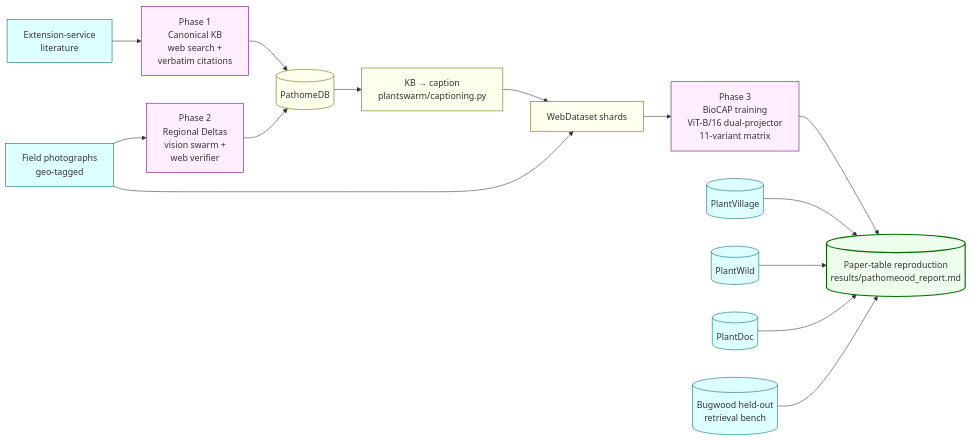
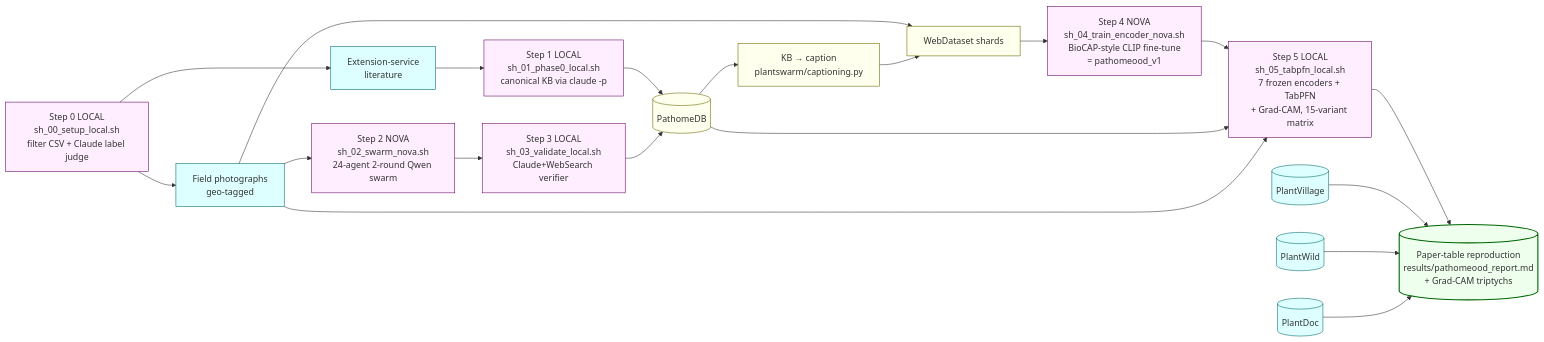
Before and after one commit to tirtho149/PRESAGE: the fourth of 4 diagrams in PIPELINE.md, drawn with Mermaid. The commit also changed other lines of this file and 27 other files, not shown here.

First line of the commit message:
6-step pipeline: add sh_00 setup + rename latex sources to paper/

````diff
--- a/PIPELINE.md
+++ b/PIPELINE.md
@@ -637,38 +645,44 @@
 ```mermaid
 flowchart LR
     L[Extension-service<br/>literature]
     F[Field photographs<br/>geo-tagged]
-    P1[Phase 1<br/>Canonical KB<br/>web search +<br/>verbatim citations]
-    P2[Phase 2<br/>Regional Deltas<br/>vision swarm +<br/>web verifier]
+    S0[Step 0 LOCAL<br/>sh_00_setup_local.sh<br/>filter CSV + Claude label judge]
+    S1[Step 1 LOCAL<br/>sh_01_phase0_local.sh<br/>canonical KB via claude -p]
+    S2[Step 2 NOVA<br/>sh_02_swarm_nova.sh<br/>24-agent 2-round Qwen swarm]
+    S3[Step 3 LOCAL<br/>sh_03_validate_local.sh<br/>Claude+WebSearch verifier]
     DB[(PathomeDB)]
     CAP[KB → caption<br/>plantswarm/captioning.py]
     SH[WebDataset shards]
-    P3[Phase 3<br/>BioCAP training<br/>ViT-B/16 dual-projector<br/>11-variant matrix]
+    S4[Step 4 NOVA<br/>sh_04_train_encoder_nova.sh<br/>BioCAP-style CLIP fine-tune<br/>= pathomeood_v1]
+    S5[Step 5 LOCAL<br/>sh_05_tabpfn_local.sh<br/>7 frozen encoders + TabPFN<br/>+ Grad-CAM, 15-variant matrix]
     PV[(PlantVillage)]
     PW[(PlantWild)]
     PD[(PlantDoc)]
-    HO[(Bugwood held-out<br/>retrieval bench)]
-    OUT[(Paper-table reproduction<br/>results/pathomeood_report.md)]
+    OUT[(Paper-table reproduction<br/>results/pathomeood_report.md<br/>+ Grad-CAM triptychs)]
 
-    L --> P1 --> DB
-    F --> P2 --> DB
+    S0 --> L
+    S0 --> F
+    L --> S1 --> DB
+    F --> S2 --> S3 --> DB
     DB --> CAP
     F --> SH
     CAP --> SH
-    SH --> P3
-    P3 --> OUT
+    SH --> S4
+    S4 --> S5
+    DB --> S5
+    F --> S5
+    S5 --> OUT
     PV --> OUT
     PW --> OUT
     PD --> OUT
-    HO --> OUT
 
     classDef src fill:#dff,stroke:#066
     classDef stage fill:#fef,stroke:#606
     classDef kb fill:#ffe,stroke:#660
     classDef eval fill:#fde,stroke:#a06
     classDef out fill:#efe,stroke:#060,stroke-width:2px
-    class L,F,PV,PW,PD,HO src
-    class P1,P2,P3 stage
+    class L,F,PV,PW,PD src
+    class S0,S1,S2,S3,S4,S5 stage
     class DB,CAP,SH kb
     class OUT out
 ```
````
